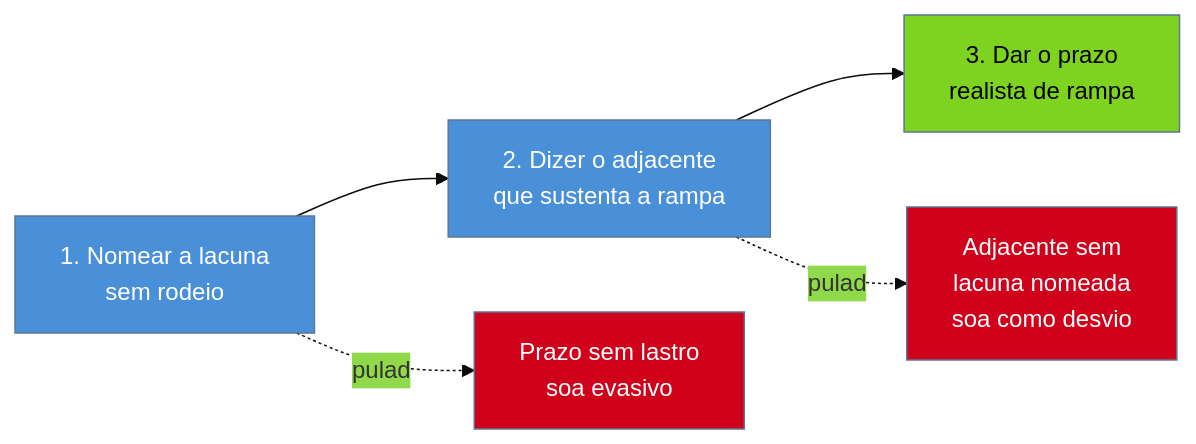
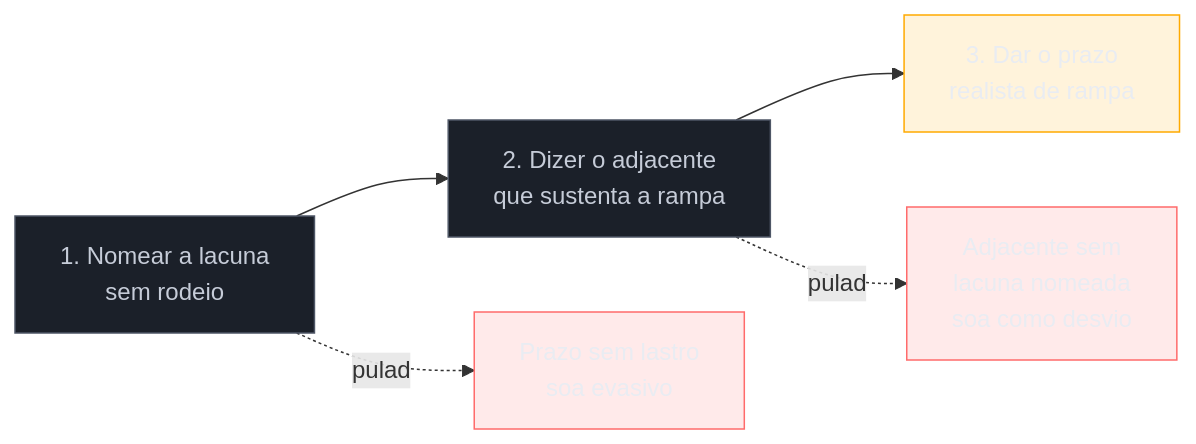
One commit to josenaldo/codex-technomanticus changed the second of 2 diagrams in 03-Dominios/Carreira/Currículo/19 - Declarar lacuna.md. Above: the diagram before and after it, drawn with Mermaid. The commit also changed other lines of this file and 1181 other files, not shown here.

First line of the commit message:
fix(diagramas): paleta do sistema no lugar de cor cravada no markdown

````diff
--- a/03-Dominios/Carreira/Currículo/19 - Declarar lacuna.md
+++ b/03-Dominios/Carreira/Currículo/19 - Declarar lacuna.md
@@ -134,15 +136,17 @@
 ```mermaid
-%%{init: {"theme": "base", "themeVariables": {"primaryColor": "#4A90D9"}}}%%
 graph LR
+    classDef neutro fill:#1B2029,stroke:#4E5666,color:#C6CCD8
+    classDef destaque fill:#FFAA0024,stroke:#FFAA00,color:#E9ECF2
+    classDef falha fill:#FF6B6B24,stroke:#FF6B6B,color:#E9ECF2
     N["1. Nomear a lacuna<br/>sem rodeio"] --> A["2. Dizer o adjacente<br/>que sustenta a rampa"]
     A --> P["3. Dar o prazo<br/>realista de rampa"]
 
     N -.pulado.-> E1["Prazo sem lastro<br/>soa evasivo"]
     A -.pulado.-> E2["Adjacente sem<br/>lacuna nomeada<br/>soa como desvio"]
 
-    style N fill:#4A90D9,color:#fff
-    style A fill:#4A90D9,color:#fff
-    style P fill:#7ED321,color:#000
-    style E1 fill:#D0021B,color:#fff
-    style E2 fill:#D0021B,color:#fff
+    class N neutro
+    class A neutro
+    class P destaque
+    class E1 falha
+    class E2 falha
 ```
````
